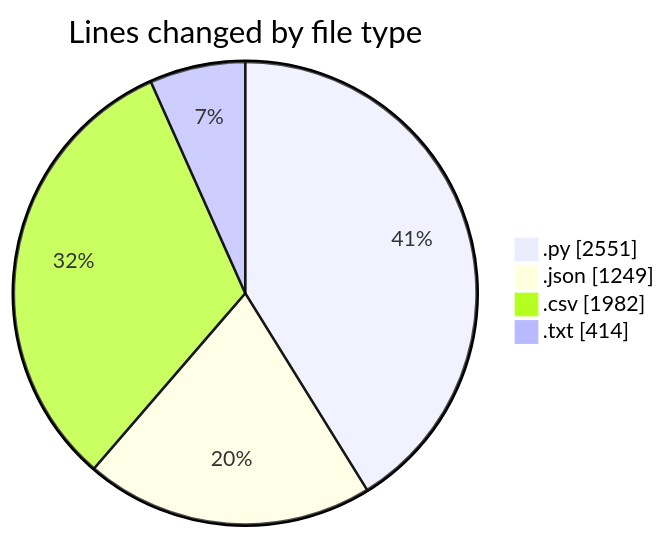
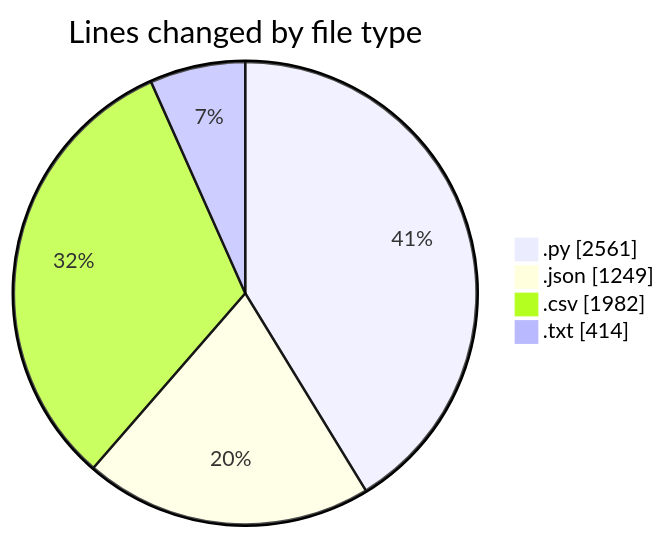
One commit to EIIisD/code-tracking changed the first of 2 diagrams in 2025-07-28/refunds/README.md. Above: the diagram before and after it, drawn with Mermaid. The commit also changed other lines of this file and 1 other file, not shown here.

````diff
--- a/2025-07-28/refunds/README.md
+++ b/2025-07-28/refunds/README.md
@@ -25,8 +25,8 @@
 ```mermaid
 pie showData
 title Lines changed by file type
-".py" : 2551
+".py" : 2561
 ".json" : 1249
 ".csv" : 1982
 ".txt" : 414
 ```
````
